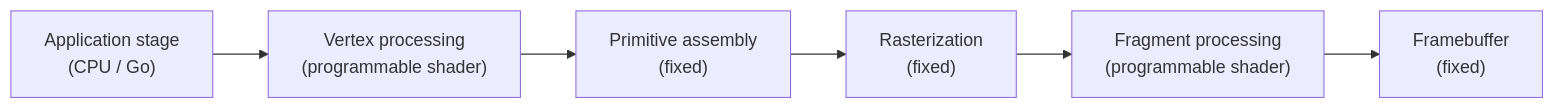
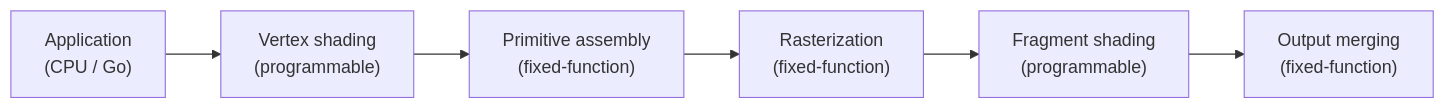
The diagram in book/en-us/part6hetero/ch19graphics/pipeline.md (golang-design/under-the-hood), drawn with Mermaid before and after one commit. The commit also changed other lines of this file and 18 other files, not shown here.

````diff
--- a/book/en-us/part6hetero/ch19graphics/pipeline.md
+++ b/book/en-us/part6hetero/ch19graphics/pipeline.md
@@ -14,8 +20,8 @@
 ```mermaid
 flowchart LR
-    app["Application stage<br/>(CPU / Go)"] --> vs["Vertex processing<br/>(programmable shader)"]
-    vs --> pa["Primitive assembly<br/>(fixed)"]
-    pa --> rs["Rasterization<br/>(fixed)"]
-    rs --> fs["Fragment processing<br/>(programmable shader)"]
-    fs --> fb["Framebuffer<br/>(fixed)"]
+    app["Application<br/>(CPU / Go)"] --> vs["Vertex shading<br/>(programmable)"]
+    vs --> pa["Primitive assembly<br/>(fixed-function)"]
+    pa --> rs["Rasterization<br/>(fixed-function)"]
+    rs --> fs["Fragment shading<br/>(programmable)"]
+    fs --> om["Output merging<br/>(fixed-function)"]
 ```
````
